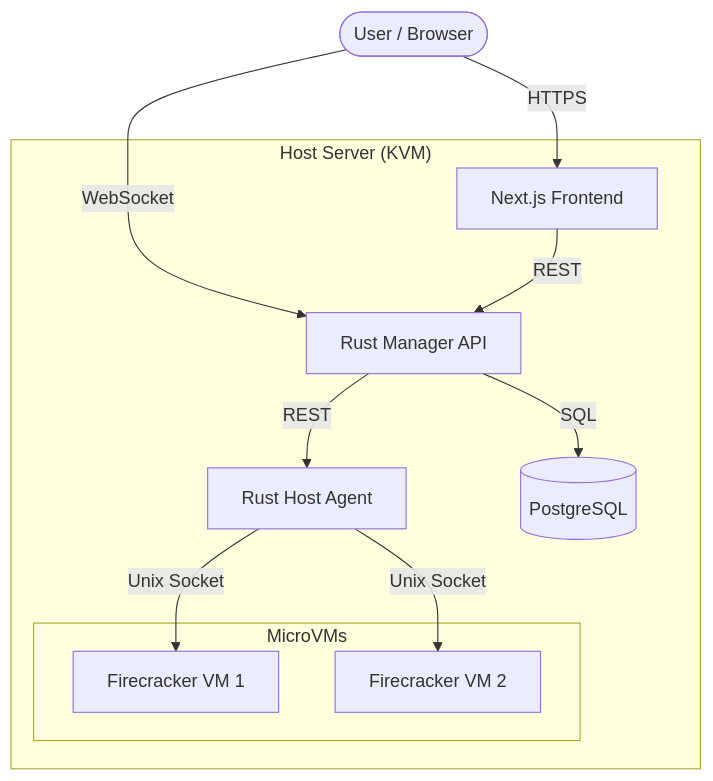
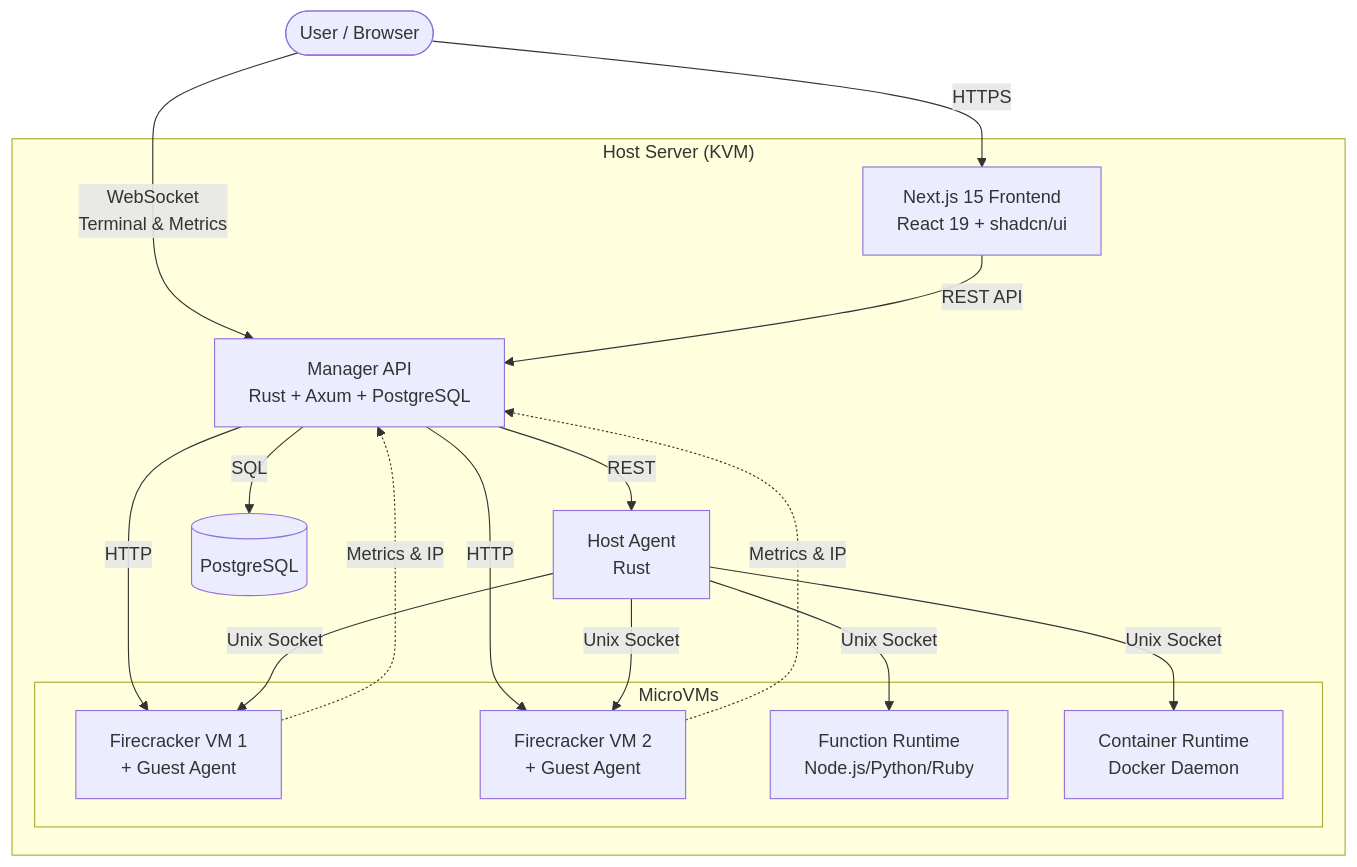
One commit to NexusQuantum/NQRust-MicroVM changed the diagram in README.md. Above: the diagram before and after it, drawn with Mermaid. The commit also changed other lines of this file and 50 other files, not shown here.

````diff
--- a/README.md
+++ b/README.md
@@ -45,23 +140,31 @@
 ```mermaid
 graph TD
     User([User / Browser])
     subgraph "Host Server (KVM)"
-        Frontend[Next.js Frontend]
-        Manager[Rust Manager API]
-        Agent[Rust Host Agent]
+        Frontend[Next.js 15 Frontend<br/>React 19 + shadcn/ui]
+        Manager[Manager API<br/>Rust + Axum + PostgreSQL]
+        Agent[Host Agent<br/>Rust]
         DB[(PostgreSQL)]
-        
+
         subgraph "MicroVMs"
-            VM1[Firecracker VM 1]
-            VM2[Firecracker VM 2]
+            VM1[Firecracker VM 1<br/>+ Guest Agent]
+            VM2[Firecracker VM 2<br/>+ Guest Agent]
+            VM3[Function Runtime<br/>Node.js/Python/Ruby]
+            VM4[Container Runtime<br/>Docker Daemon]
         end
     end
 
     User -->|HTTPS| Frontend
-    User -->|WebSocket| Manager
-    Frontend -->|REST| Manager
+    User -->|WebSocket<br/>Terminal & Metrics| Manager
+    Frontend -->|REST API| Manager
     Manager -->|SQL| DB
     Manager -->|REST| Agent
+    Manager -->|HTTP| VM1
+    Manager -->|HTTP| VM2
     Agent -->|Unix Socket| VM1
     Agent -->|Unix Socket| VM2
+    Agent -->|Unix Socket| VM3
+    Agent -->|Unix Socket| VM4
+    VM1 -.->|Metrics & IP| Manager
+    VM2 -.->|Metrics & IP| Manager
 ```
````
